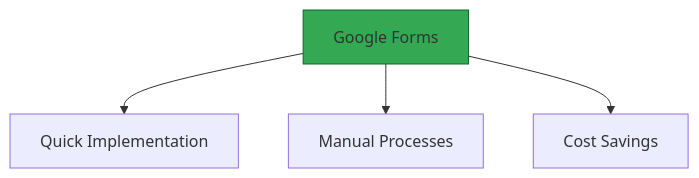
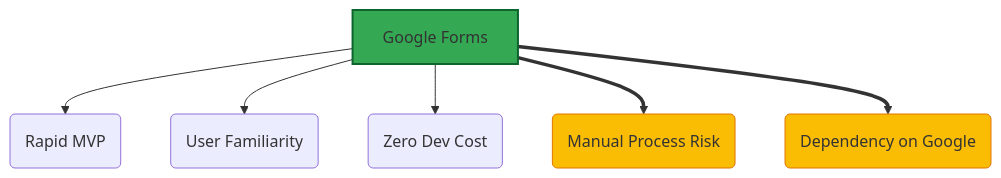
The first of 2 diagrams in docs/adr/2025-03-30-google-forms-registration.md (loganrooks/philosothon), drawn with Mermaid before and after one commit. The commit also changed other lines of this file and 9 other files, not shown here.

Commit message:
Enhance ADR template with detailed sections for decision context, drivers, alternatives, consequences, implementation, security, migration, success metrics, dependencies, and version history

````diff
--- a/docs/adr/2025-03-30-google-forms-registration.md
+++ b/docs/adr/2025-03-30-google-forms-registration.md
@@ -90,7 +110,11 @@
 ```mermaid
 graph TD
-    A[Google Forms] --> B[Quick Implementation]
-    A --> C[Manual Processes]
-    A --> D[Cost Savings]
-    style A fill:#34a853,stroke:#0d652d
+    A[Google Forms] --> B(Rapid MVP);
+    A --> C(User Familiarity);
+    A --> D(Zero Dev Cost);
+    A ==> E(Manual Process Risk);
+    A ==> F(Dependency on Google);
+    style A fill:#34a853,stroke:#0d652d,stroke-width:2px
+    style E fill:#fbbc04,stroke:#e37400
+    style F fill:#fbbc04,stroke:#e37400
 ```
````
